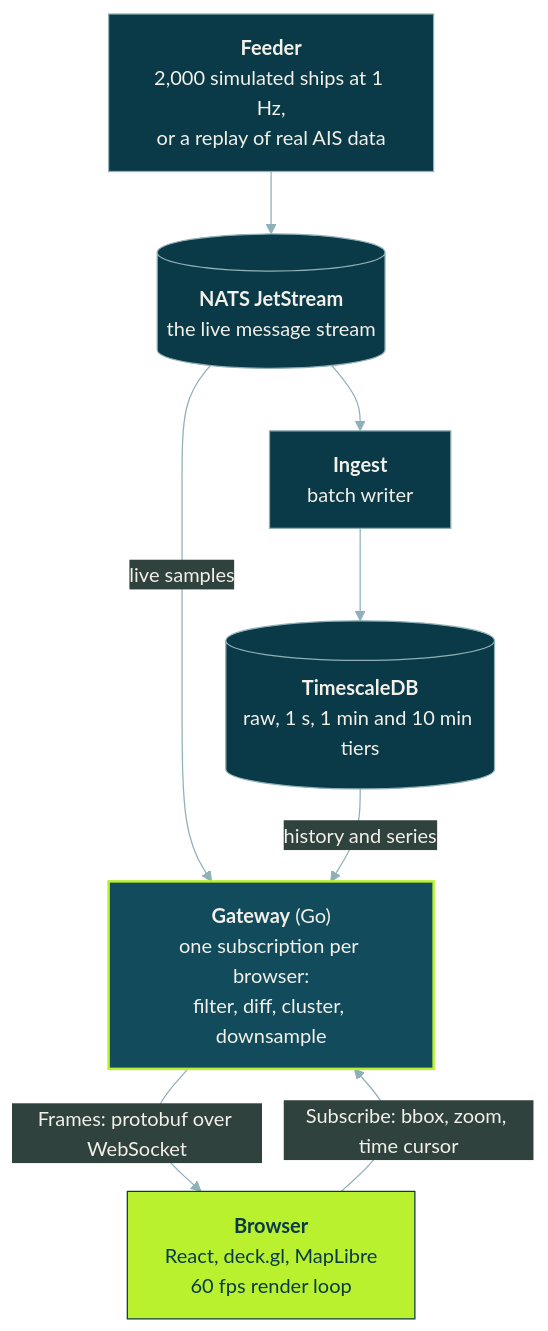
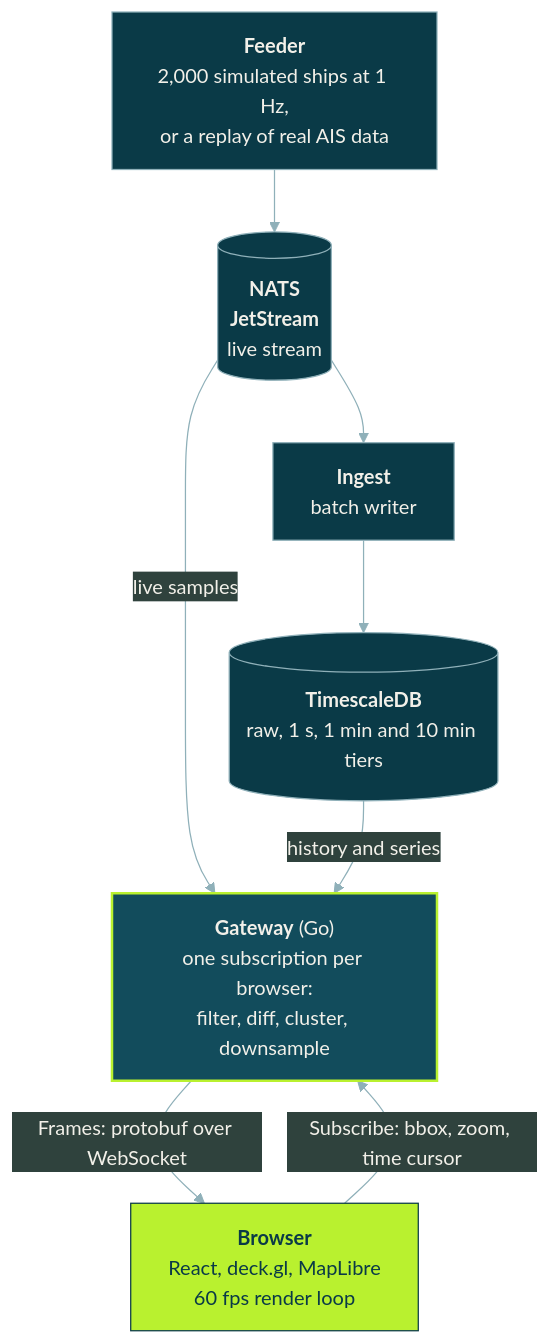
The first of 2 diagrams in README.md (Jenil133/PortLink), drawn with Mermaid before and after one commit.

Commit message:
Keep the NATS label to short lines

````diff
--- a/README.md
+++ b/README.md
@@ -83,21 +83,21 @@
 ```mermaid
 %%{init: {'theme':'base','themeVariables':{'primaryColor':'#0A3A47','primaryTextColor':'#F2F0E9','primaryBorderColor':'#8FB0B9','lineColor':'#8FB0B9','secondaryColor':'#2F423D','tertiaryColor':'#062A35','fontFamily':'ui-sans-serif, system-ui'}}}%%
 flowchart TB
     F["<b>Feeder</b><br/>2,000 simulated ships at 1 Hz,<br/>or a replay of real AIS data"]
-    N[("<b>NATS JetStream</b><br/>the live message stream")]
+    N[("<b>NATS</b><br/><b>JetStream</b><br/>live stream")]
     I["<b>Ingest</b><br/>batch writer"]
     T[("<b>TimescaleDB</b><br/>raw, 1 s, 1 min and 10 min tiers")]
     G["<b>Gateway</b> (Go)<br/>one subscription per browser:<br/>filter, diff, cluster, downsample"]
     B["<b>Browser</b><br/>React, deck.gl, MapLibre<br/>60 fps render loop"]
 
     F --> N
     N --> I
     I --> T
     N -- "live samples" --> G
     T -- "history and series" --> G
     B -- "Subscribe: bbox, zoom, time cursor" --> G
     G -- "Frames: protobuf over WebSocket" --> B
 
     style B fill:#B9F12F,color:#0A3A47,stroke:#0A3A47
     style G fill:#124C5C,color:#F2F0E9,stroke:#B9F12F,stroke-width:2px
 ```
````
